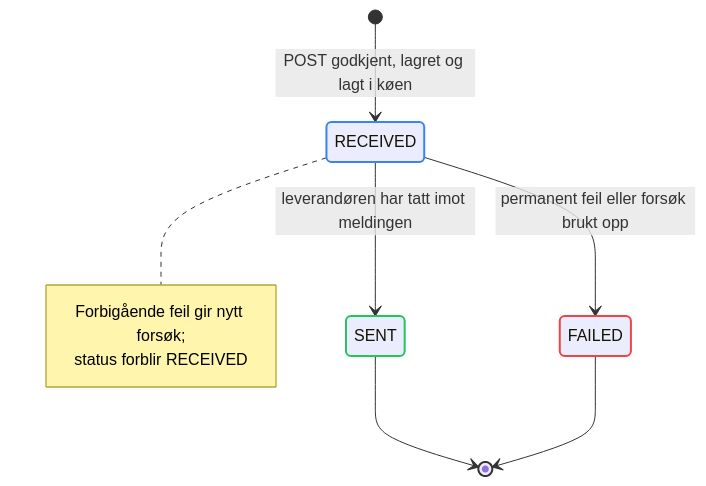
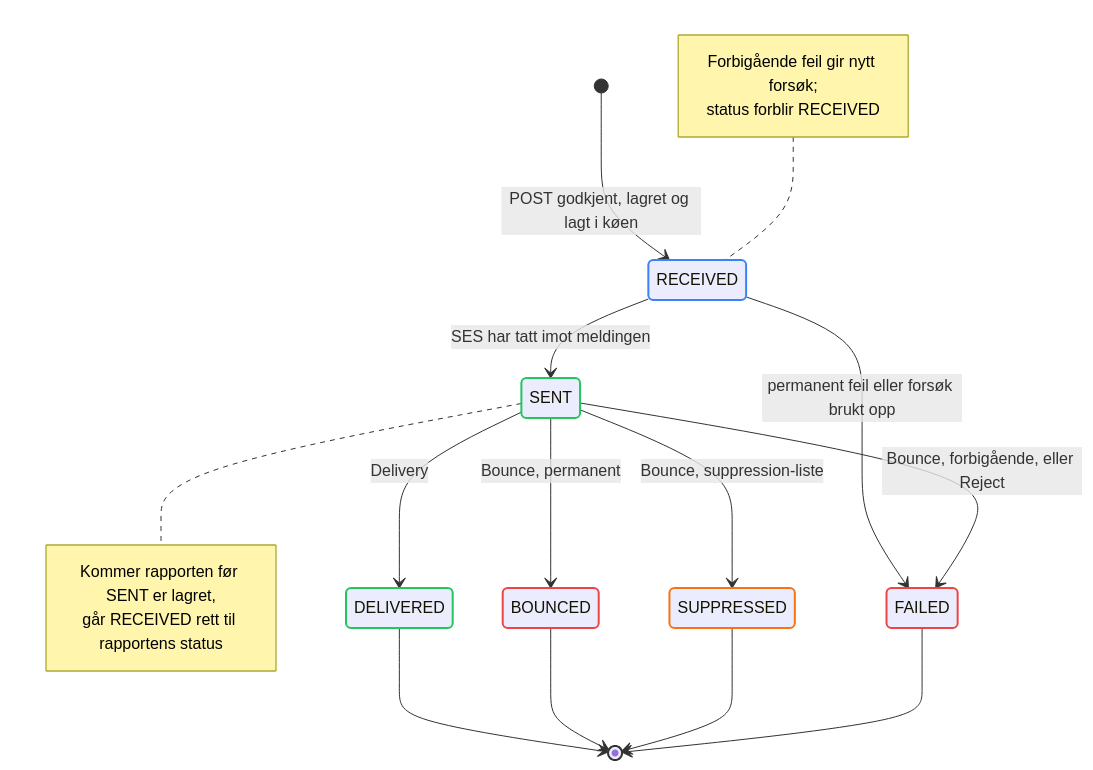
One commit to FINTLabs/fint-communication-service changed diagram 15 of 17 in docs/architecture.md. Above: the diagram before and after it, drawn with Mermaid. The commit also changed other lines of this file and 45 other files, not shown here.

First line of the commit message:
feat: delivery reports from SES via SNS and SQS

````diff
--- a/docs/architecture.md
+++ b/docs/architecture.md
@@ -943,20 +1184,33 @@
 ```mermaid
 stateDiagram-v2
     [*] --> RECEIVED : POST godkjent, lagret og lagt i køen
-    RECEIVED --> SENT : leverandøren har tatt imot meldingen
+    RECEIVED --> SENT : SES har tatt imot meldingen
     RECEIVED --> FAILED : permanent feil eller forsøk brukt opp
-    SENT --> [*]
+    SENT --> DELIVERED : Delivery
+    SENT --> BOUNCED : Bounce, permanent
+    SENT --> SUPPRESSED : Bounce, suppression-liste
+    SENT --> FAILED : Bounce, forbigående, eller Reject
+    DELIVERED --> [*]
+    BOUNCED --> [*]
+    SUPPRESSED --> [*]
     FAILED --> [*]
 
-    note right of RECEIVED
+    note left of RECEIVED
         Forbigående feil gir nytt forsøk;
         status forblir RECEIVED
     end note
 
+    note right of SENT
+        Kommer rapporten før SENT er lagret,
+        går RECEIVED rett til rapportens status
+    end note
+
     classDef received stroke:#3B82F6,stroke-width:2px
     classDef sent stroke:#22C55E,stroke-width:2px
+    classDef warning stroke:#F97316,stroke-width:2px
     classDef failed stroke:#EF4444,stroke-width:2px
     class RECEIVED received
-    class SENT sent
-    class FAILED failed
+    class SENT,DELIVERED sent
+    class SUPPRESSED warning
+    class FAILED,BOUNCED failed
 ```
````
